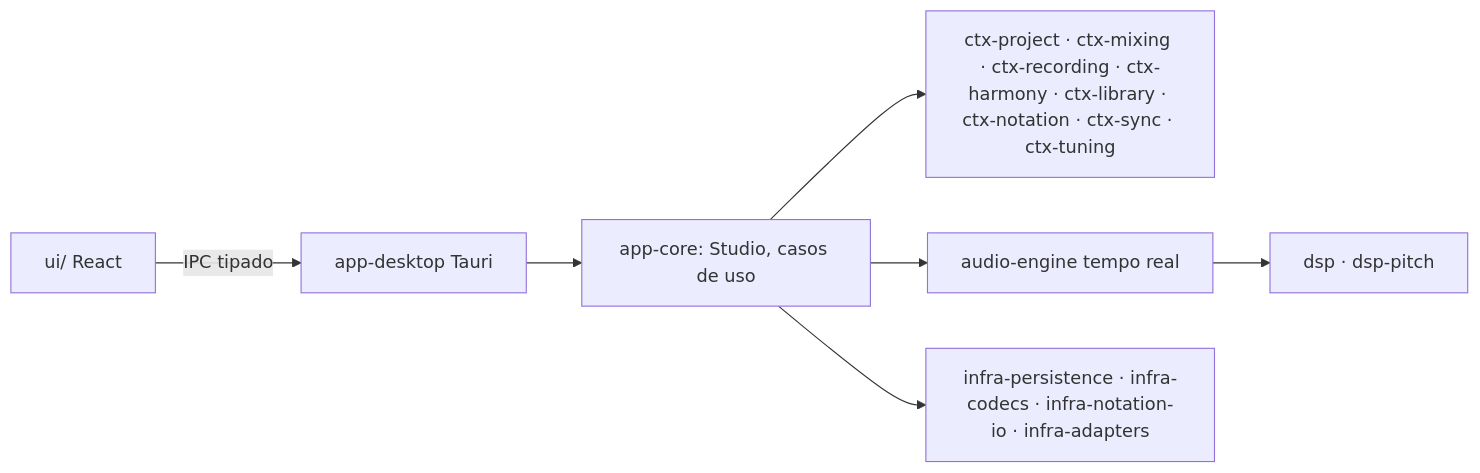
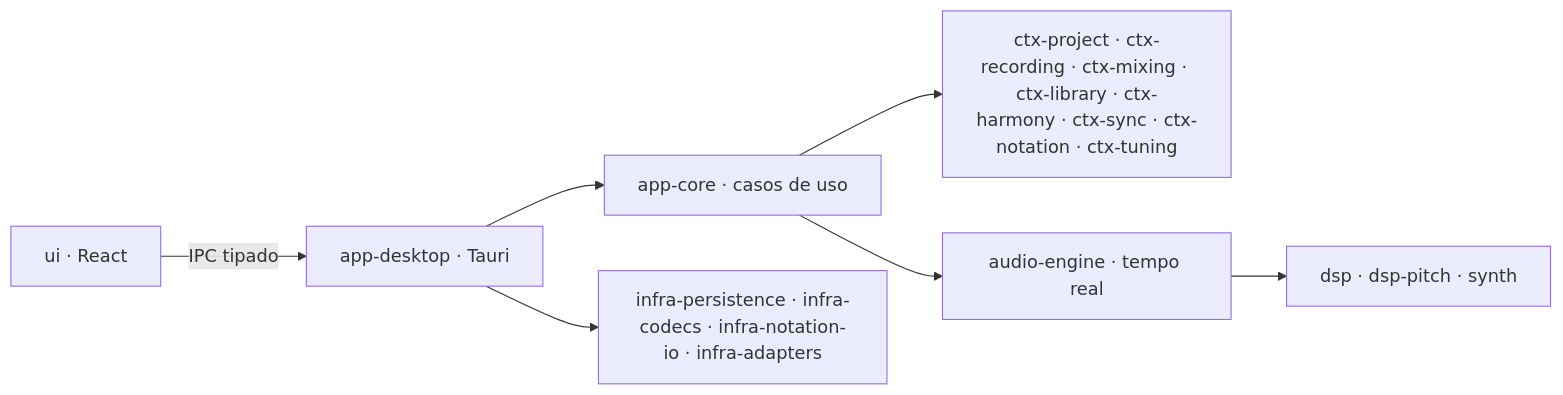
Before and after one commit to TokumoH/Ebiki-Studio: the diagram in README.md, drawn with Mermaid. The commit also changed other lines of this file and 19 other files, not shown here.

````diff
--- a/README.md
+++ b/README.md
@@ -20,9 +71,9 @@
 ```mermaid
 flowchart LR
-    UI[ui/ React] -- IPC tipado --> AD[app-desktop Tauri]
-    AD --> AC[app-core: Studio, casos de uso]
-    AC --> CTX[ctx-project · ctx-mixing · ctx-recording · ctx-harmony · ctx-library · ctx-notation · ctx-sync · ctx-tuning]
-    AC --> ENG[audio-engine tempo real]
-    AC --> INF[infra-persistence · infra-codecs · infra-notation-io · infra-adapters]
-    ENG --> DSP[dsp · dsp-pitch]
+    UI[ui · React] -- IPC tipado --> AD[app-desktop · Tauri]
+    AD --> AC[app-core · casos de uso]
+    AC --> CTX[ctx-project · ctx-recording · ctx-mixing · ctx-library · ctx-harmony · ctx-sync · ctx-notation · ctx-tuning]
+    AC --> ENG[audio-engine · tempo real]
+    ENG --> DSP[dsp · dsp-pitch · synth]
+    AD --> INF[infra-persistence · infra-codecs · infra-notation-io · infra-adapters]
 ```
````
